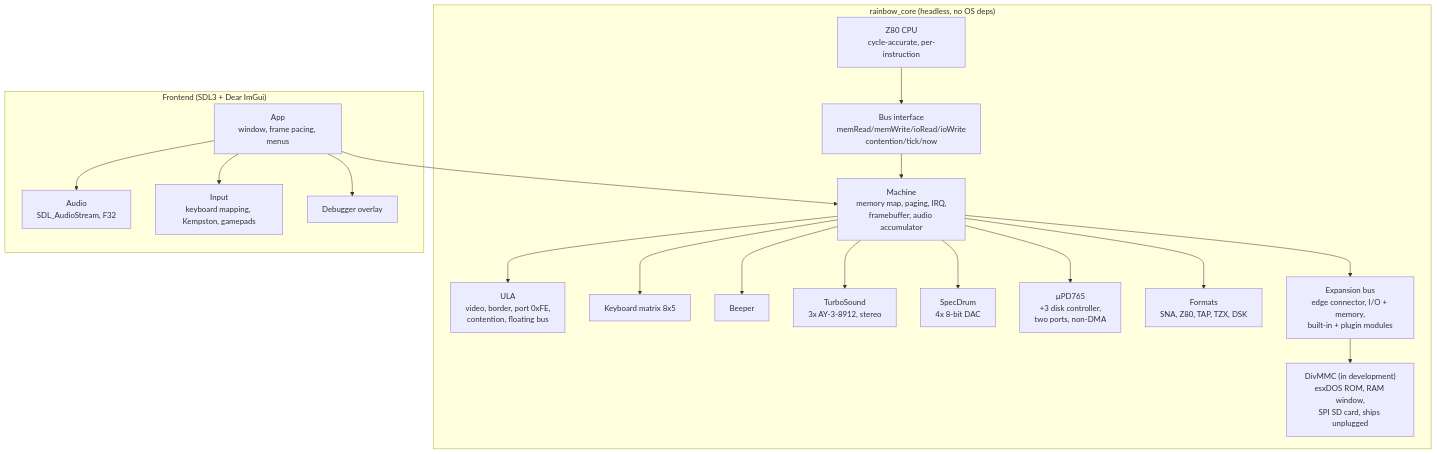
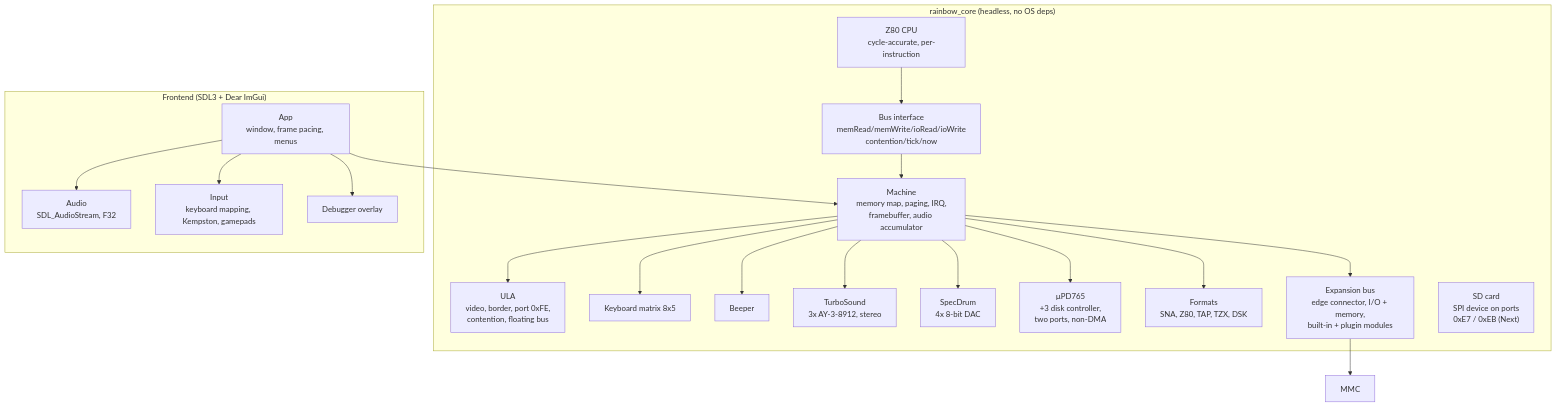
Before and after one commit to DruzhininPavel/RainbowNext: the diagram in docs/ARCHITECTURE.md, drawn with Mermaid. The commit also changed other lines of this file and 32 other files, not shown here.

````diff
--- a/docs/ARCHITECTURE.md
+++ b/docs/ARCHITECTURE.md
@@ -7,40 +7,40 @@
 ```mermaid
 flowchart TD
     subgraph core["rainbow_core (headless, no OS deps)"]
         Z80["Z80 CPU<br/>cycle-accurate, per-instruction"]
         BUS["Bus interface<br/>memRead/memWrite/ioRead/ioWrite<br/>contention/tick/now"]
         ULA["ULA<br/>video, border, port 0xFE,<br/>contention, floating bus"]
         KBD["Keyboard matrix 8x5"]
         BEEP["Beeper"]
         MACH["Machine<br/>memory map, paging, IRQ,<br/>framebuffer, audio accumulator"]
         AY["TurboSound<br/>3x AY-3-8912, stereo"]
         DAC["SpecDrum<br/>4x 8-bit DAC"]
         FDC["µPD765<br/>+3 disk controller,<br/>two ports, non-DMA"]
         FMT["Formats<br/>SNA, Z80, TAP, TZX, DSK"]
         EXP["Expansion bus<br/>edge connector, I/O + memory,<br/>built-in + plugin modules"]
-        MMC["DivMMC (in development)<br/>esxDOS ROM, RAM window,<br/>SPI SD card, ships unplugged"]
+        SD["SD card<br/>SPI device on ports<br/>0xE7 / 0xEB (Next)"]
     end
 
     subgraph host["Frontend (SDL3 + Dear ImGui)"]
         APP["App<br/>window, frame pacing, menus"]
         AUD["Audio<br/>SDL_AudioStream, F32"]
         INP["Input<br/>keyboard mapping, Kempston, gamepads"]
         DBG["Debugger overlay"]
     end
 
     Z80 --> BUS
     BUS --> MACH
     MACH --> ULA
     MACH --> KBD
     MACH --> BEEP
     MACH --> AY
     MACH --> DAC
     MACH --> FDC
     MACH --> FMT
     MACH --> EXP
     EXP --> MMC
     APP --> MACH
     APP --> AUD
     APP --> INP
     APP --> DBG
 ```
````
